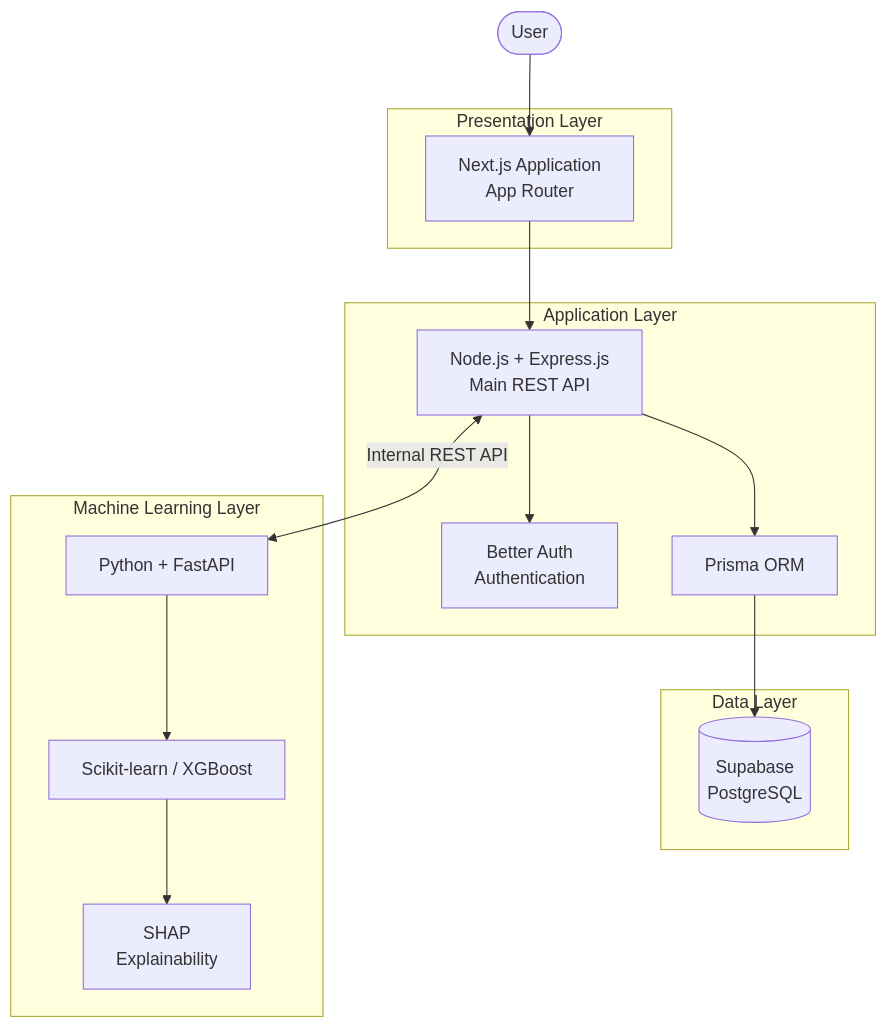
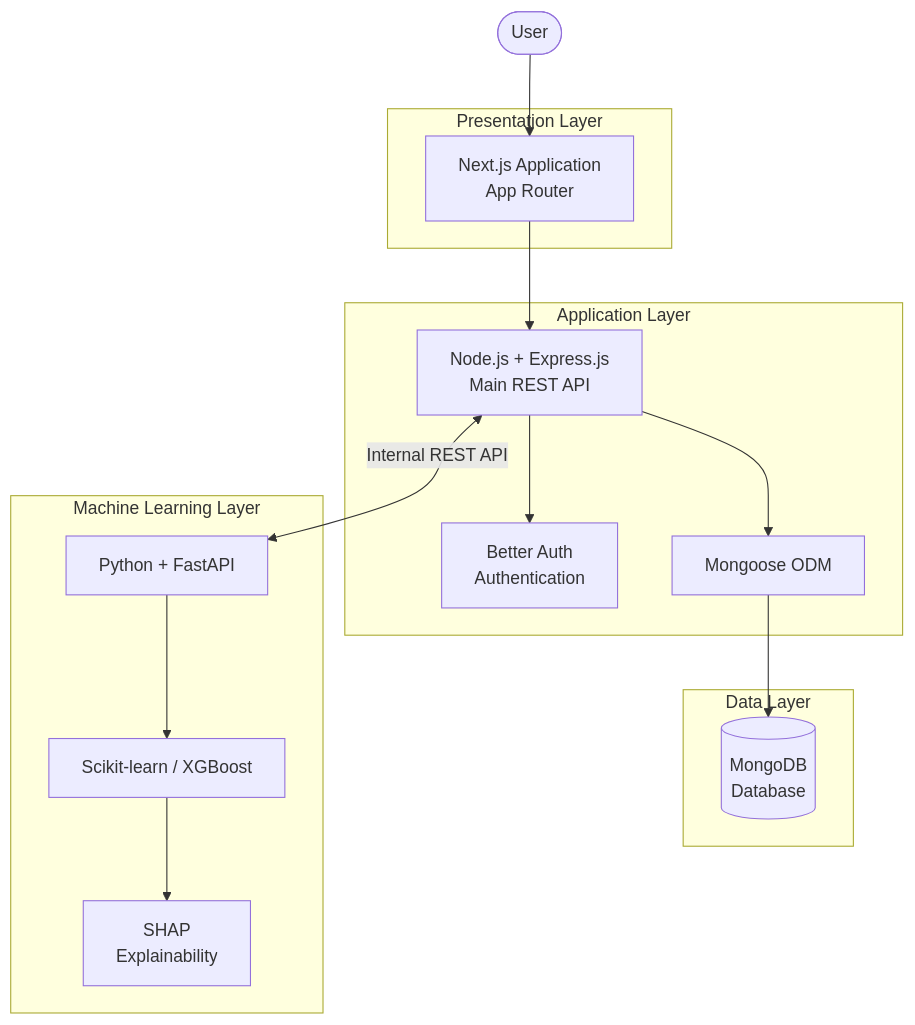
One commit to fahimshahariar56/MediPredict changed the first of 2 diagrams in README.md. Above: the diagram before and after it, drawn with Mermaid. The commit also changed other lines of this file and 28 other files, not shown here.

Commit message:
docs: update project scope and architecture

````diff
--- a/README.md
+++ b/README.md
@@ -118,33 +134,34 @@
 ```mermaid
 flowchart TB
+
     U([User])
 
     subgraph CLIENT["Presentation Layer"]
         FE["Next.js Application<br/>App Router"]
     end
 
     subgraph APP["Application Layer"]
         API["Node.js + Express.js<br/>Main REST API"]
         AUTH["Better Auth<br/>Authentication"]
-        ORM["Prisma ORM"]
+        ODM["Mongoose ODM"]
     end
 
     subgraph DATA["Data Layer"]
-        DB[("Supabase<br/>PostgreSQL")]
+        DB[("MongoDB<br/>Database")]
     end
 
     subgraph ML["Machine Learning Layer"]
         FAST["Python + FastAPI"]
         MODEL["Scikit-learn / XGBoost"]
         SHAP["SHAP<br/>Explainability"]
     end
 
     U --> FE
     FE --> API
     API --> AUTH
-    API --> ORM
-    ORM --> DB
+    API --> ODM
+    ODM --> DB
     API <-->|Internal REST API| FAST
     FAST --> MODEL
     MODEL --> SHAP
 ```
````
